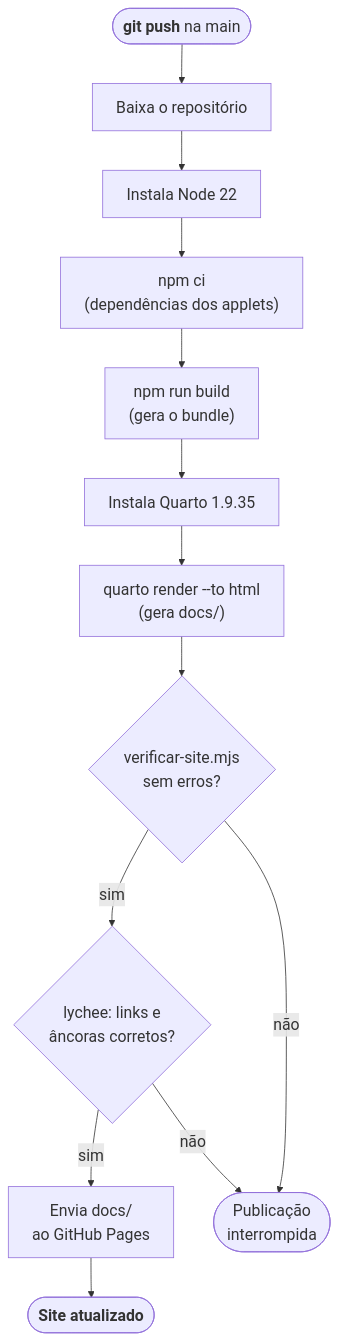
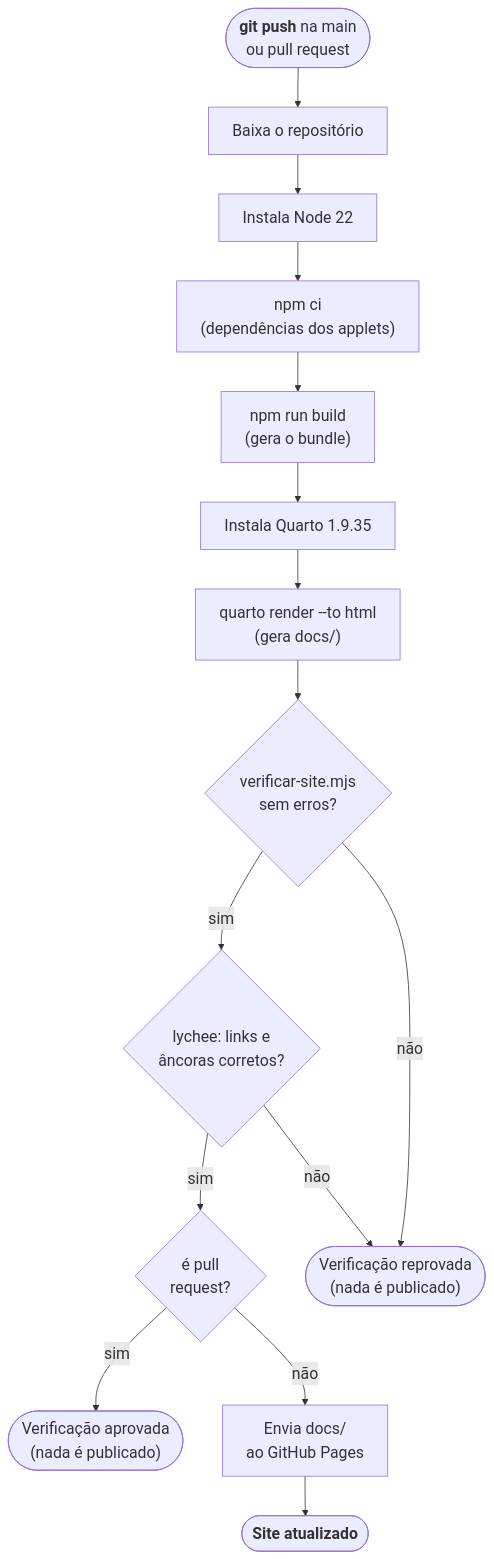
Before and after one commit to lcmerlo/livro-online-fcg: the eighth of 9 diagrams in _interno/diretrizes/arquitetura.md, drawn with Mermaid. The commit also changed other lines of this file and 5 other files, not shown here.

First line of the commit message:
Verifica também os pull requests no GitHub Actions

````diff
--- a/_interno/diretrizes/arquitetura.md
+++ b/_interno/diretrizes/arquitetura.md
@@ -372,22 +373,26 @@
 ```mermaid
 %%{init: {"themeVariables": {"fontSize": "20px"}, "flowchart": {"wrappingWidth": 420}}}%%
 flowchart TD
-    push(["<b>git push</b> na main"])
+    push(["<b>git push</b> na main<br/>ou pull request"])
     co["Baixa o repositório"]
     node["Instala Node 22"]
     ci["npm ci<br/>(dependências dos applets)"]
     build["npm run build<br/>(gera o bundle)"]
     qi["Instala Quarto 1.9.35"]
     render["quarto render --to html<br/>(gera docs/)"]
     t1{"verificar-site.mjs<br/>sem erros?"}
     t2{"lychee: links e<br/>âncoras corretos?"}
+    pr{"é pull<br/>request?"}
+    ok(["Verificação aprovada<br/>(nada é publicado)"])
     up["Envia docs/<br/>ao GitHub Pages"]
     dep(["<b>Site atualizado</b>"])
-    fail(["Publicação<br/>interrompida"])
+    fail(["Verificação reprovada<br/>(nada é publicado)"])
 
     push --> co --> node --> ci --> build --> qi --> render --> t1
     t1 -->|"sim"| t2
-    t2 -->|"sim"| up --> dep
+    t2 -->|"sim"| pr
+    pr -->|"sim"| ok
+    pr -->|"não"| up --> dep
     t1 -->|"não"| fail
     t2 -->|"não"| fail
 ```
````
